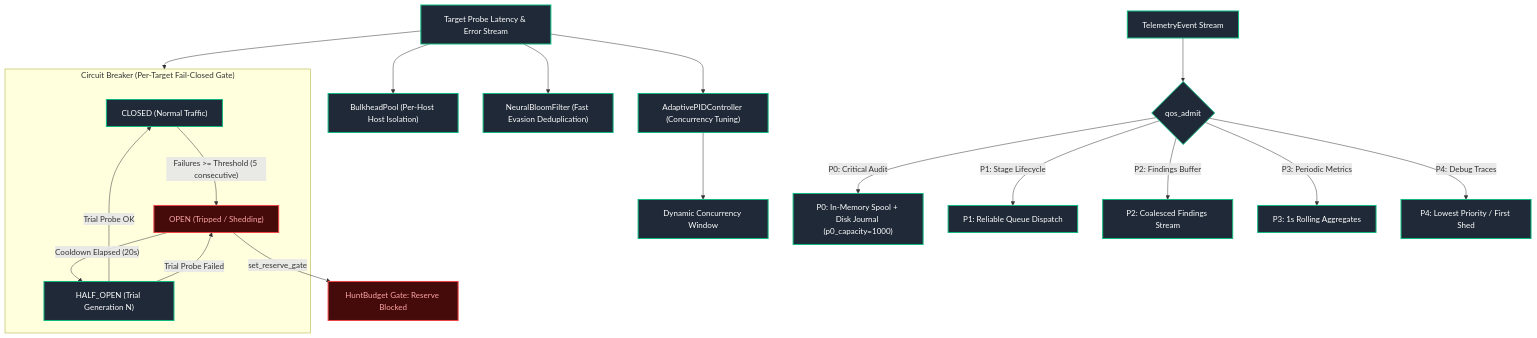
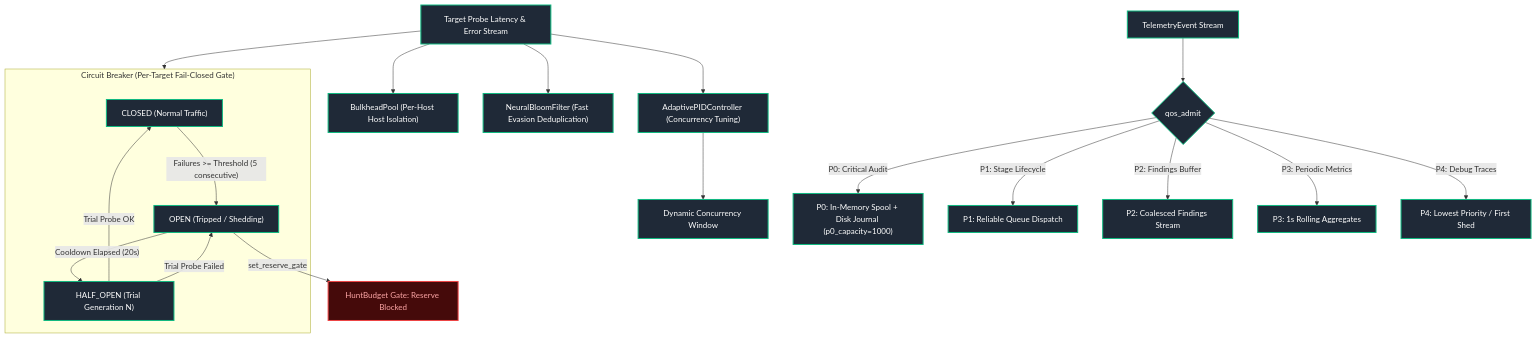
Before and after one commit to AviralGup7/Singularity-Zero: the ninth of 16 diagrams in docs/flowchart.md, drawn with Mermaid. The commit also changed other lines of this file, not shown here.

Commit message:
fix(flowchart): resolve multi-block classDefs, port bridging, and state-machine nuances

````diff
--- a/docs/flowchart.md
+++ b/docs/flowchart.md
@@ -592,28 +599,28 @@
 ```mermaid
 flowchart TD
     classDef impl fill:#1f2937,stroke:#10b981,stroke-width:2px,color:#fff;
     classDef singleNode fill:#1e293b,stroke:#0ea5e9,stroke-width:1px,stroke-dasharray:3 3,color:#fff;
     classDef library fill:#334155,stroke:#64748b,stroke-width:1px,color:#fff;
     classDef specOnly fill:#1e1b4b,stroke:#818cf8,stroke-width:1px,stroke-dasharray:4 4,color:#fff;
     classDef vacuous fill:#27272a,stroke:#71717a,stroke-width:1px,color:#a1a1aa;
     classDef forbidden fill:#450a0a,stroke:#ef4444,stroke-width:2px,color:#fca5a5;
 
     Load["Target Probe Latency & Error Stream"]:::impl --> PID["AdaptivePIDController (Concurrency Tuning)"]:::impl
     PID --> Conc["Dynamic Concurrency Window"]:::impl
     Load --> Bulk["BulkheadPool (Per-Host Host Isolation)"]:::impl
     Load --> Bloom["NeuralBloomFilter (Fast Evasion Deduplication)"]:::impl
     Load --> CB
     subgraph CB["Circuit Breaker (Per-Target Fail-Closed Gate)"]
-        CLOSED["CLOSED (Normal Traffic)"]:::impl -->|"Failures >= Threshold (5 consecutive)"| OPEN["OPEN (Tripped / Shedding)"]:::forbidden
+        CLOSED["CLOSED (Normal Traffic)"]:::impl -->|"Failures >= Threshold (5 consecutive)"| OPEN["OPEN (Tripped / Shedding)"]:::impl
         OPEN -->|"Cooldown Elapsed (20s)"| HALF_OPEN["HALF_OPEN (Trial Generation N)"]:::impl
         HALF_OPEN -->|"Trial Probe OK"| CLOSED
         HALF_OPEN -->|"Trial Probe Failed"| OPEN
     end
     OPEN -->|"set_reserve_gate"| NoTicket["HuntBudget Gate: Reserve Blocked"]:::forbidden
     Evt["TelemetryEvent Stream"]:::impl --> Q{"qos_admit"}:::impl
     Q -->|P0: Critical Audit| P0["P0: In-Memory Spool + Disk Journal (p0_capacity=1000)"]:::impl
     Q -->|P1: Stage Lifecycle| P1["P1: Reliable Queue Dispatch"]:::impl
     Q -->|P2: Findings Buffer| P2["P2: Coalesced Findings Stream"]:::impl
     Q -->|P3: Periodic Metrics| P3["P3: 1s Rolling Aggregates"]:::impl
     Q -->|P4: Debug Traces| P4["P4: Lowest Priority / First Shed"]:::impl
 ```
````
